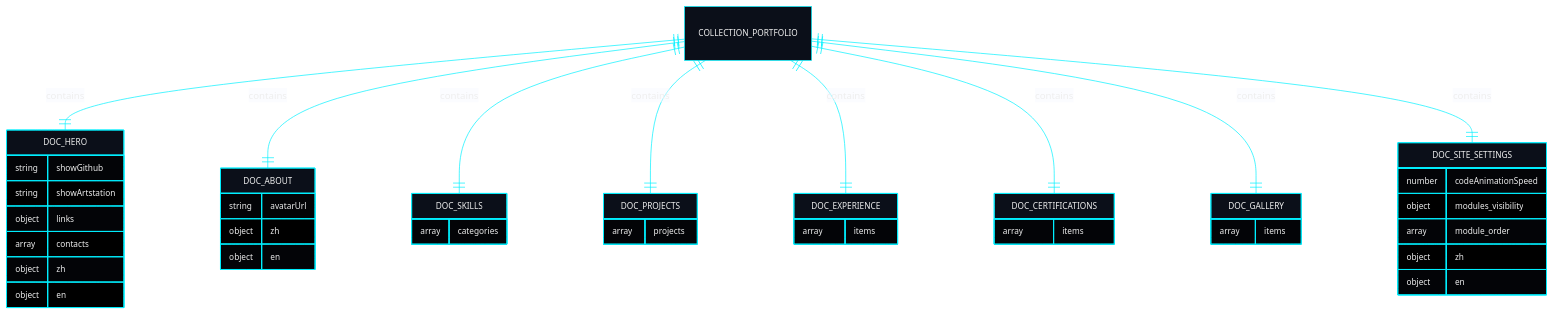
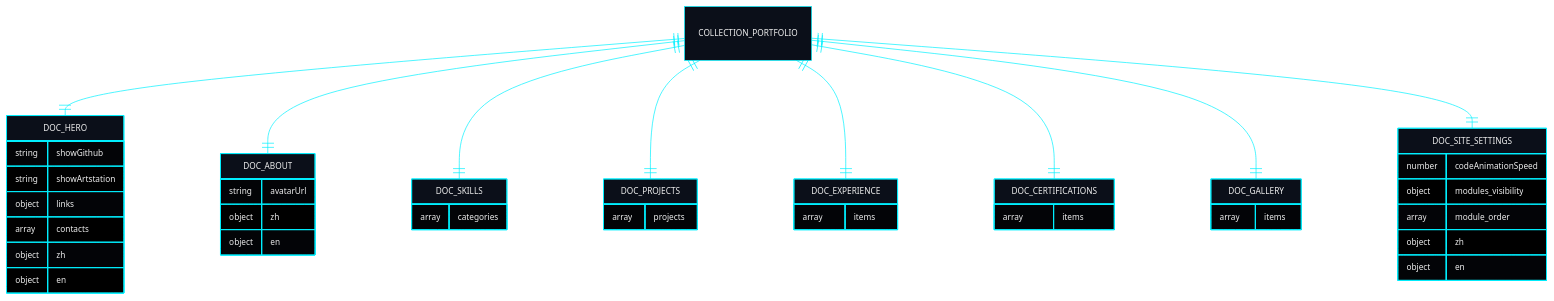
Before and after one commit to EricXJason/my-portfolio-website: the first of 2 diagrams in docs/system-design/05-specs-database.md, drawn with Mermaid. The commit also changed other lines of this file and 8 other files, not shown here.

Commit message:
style: enforce sharp corners across all diagrams and eliminate ERD contains label boxes

````diff
--- a/docs/system-design/05-specs-database.md
+++ b/docs/system-design/05-specs-database.md
@@ -13,71 +13,71 @@
 ```mermaid
 %%{init: {
   'theme': 'base',
   'themeVariables': {
     'darkMode': true,
     'background': '#030712',
     'mainBkg': '#0b0f19',
     'nodeBorder': '#00f0ff',
     'textColor': '#f8fafc',
     'lineColor': '#00f0ff',
     'titleColor': '#00f0ff',
     'edgeLabelBackground': '#030712',
     'attributeBackgroundColorOdd': '#060a14',
     'attributeBackgroundColorEven': '#0b0f19',
     'fontSize': '12px'
   },
-  'themeCSS': '.er.relationshipLabelBox { fill: #030712 !important; stroke: none !important; } .er.relationshipLabel { fill: #00f0ff !important; font-weight: bold; } .er.entityBox { fill: #0b0f19 !important; stroke: #00f0ff !important; } .er.entityLabel { fill: #00f0ff !important; } .er.attributeBoxOdd { fill: #060a14 !important; stroke: #1e293b !important; } .er.attributeBoxEven { fill: #0b0f19 !important; stroke: #1e293b !important; }'
+  'themeCSS': 'rect, .node rect, rect.actor { rx: 0px !important; ry: 0px !important; } .er.relationshipLabelBox { fill: none !important; stroke: none !important; display: none !important; } .er.relationshipLabel { fill: #00f0ff !important; font-weight: bold; } .er.entityBox { fill: #0b0f19 !important; stroke: #00f0ff !important; rx: 0px !important; ry: 0px !important; } .er.entityLabel { fill: #00f0ff !important; } .er.attributeBoxOdd { fill: #060a14 !important; stroke: #1e293b !important; } .er.attributeBoxEven { fill: #0b0f19 !important; stroke: #1e293b !important; }'
 }}%%
 erDiagram
-    COLLECTION_PORTFOLIO ||--|| DOC_HERO : contains
-    COLLECTION_PORTFOLIO ||--|| DOC_ABOUT : contains
-    COLLECTION_PORTFOLIO ||--|| DOC_SKILLS : contains
-    COLLECTION_PORTFOLIO ||--|| DOC_PROJECTS : contains
-    COLLECTION_PORTFOLIO ||--|| DOC_EXPERIENCE : contains
-    COLLECTION_PORTFOLIO ||--|| DOC_CERTIFICATIONS : contains
-    COLLECTION_PORTFOLIO ||--|| DOC_GALLERY : contains
-    COLLECTION_PORTFOLIO ||--|| DOC_SITE_SETTINGS : contains
+    COLLECTION_PORTFOLIO ||--|| DOC_HERO : " "
+    COLLECTION_PORTFOLIO ||--|| DOC_ABOUT : " "
+    COLLECTION_PORTFOLIO ||--|| DOC_SKILLS : " "
+    COLLECTION_PORTFOLIO ||--|| DOC_PROJECTS : " "
+    COLLECTION_PORTFOLIO ||--|| DOC_EXPERIENCE : " "
+    COLLECTION_PORTFOLIO ||--|| DOC_CERTIFICATIONS : " "
+    COLLECTION_PORTFOLIO ||--|| DOC_GALLERY : " "
+    COLLECTION_PORTFOLIO ||--|| DOC_SITE_SETTINGS : " "
 
     DOC_HERO {
         string showGithub
         string showArtstation
         object links
         array contacts
         object zh
         object en
     }
 
     DOC_ABOUT {
         string avatarUrl
         object zh
         object en
     }
 
     DOC_SKILLS {
         array categories
     }
 
     DOC_PROJECTS {
         array projects
     }
 
     DOC_EXPERIENCE {
         array items
     }
 
     DOC_CERTIFICATIONS {
         array items
     }
 
     DOC_GALLERY {
         array items
     }
 
     DOC_SITE_SETTINGS {
         number codeAnimationSpeed
         object modules_visibility
         array module_order
         object zh
         object en
     }
 ```
````
